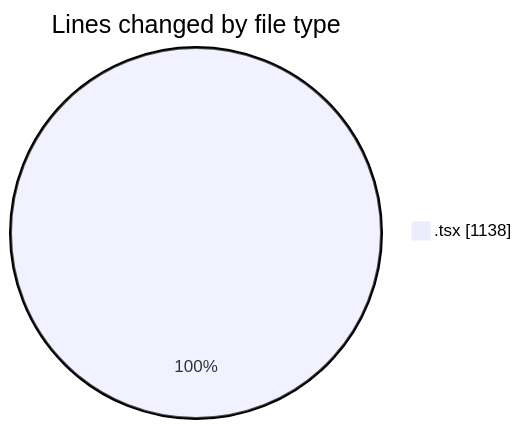
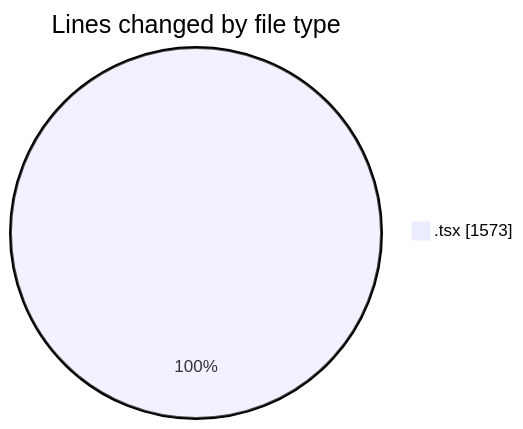
One commit to momahboobian/code-tracking changed the first of 2 diagrams in 2025-09-24/cda/README.md. Above: the diagram before and after it, drawn with Mermaid. The commit also changed other lines of this file and 1 other file, not shown here.

````diff
--- a/2025-09-24/cda/README.md
+++ b/2025-09-24/cda/README.md
@@ -21,5 +22,5 @@
 ```mermaid
 pie showData
 title Lines changed by file type
-".tsx" : 1138
+".tsx" : 1573
 ```
````
